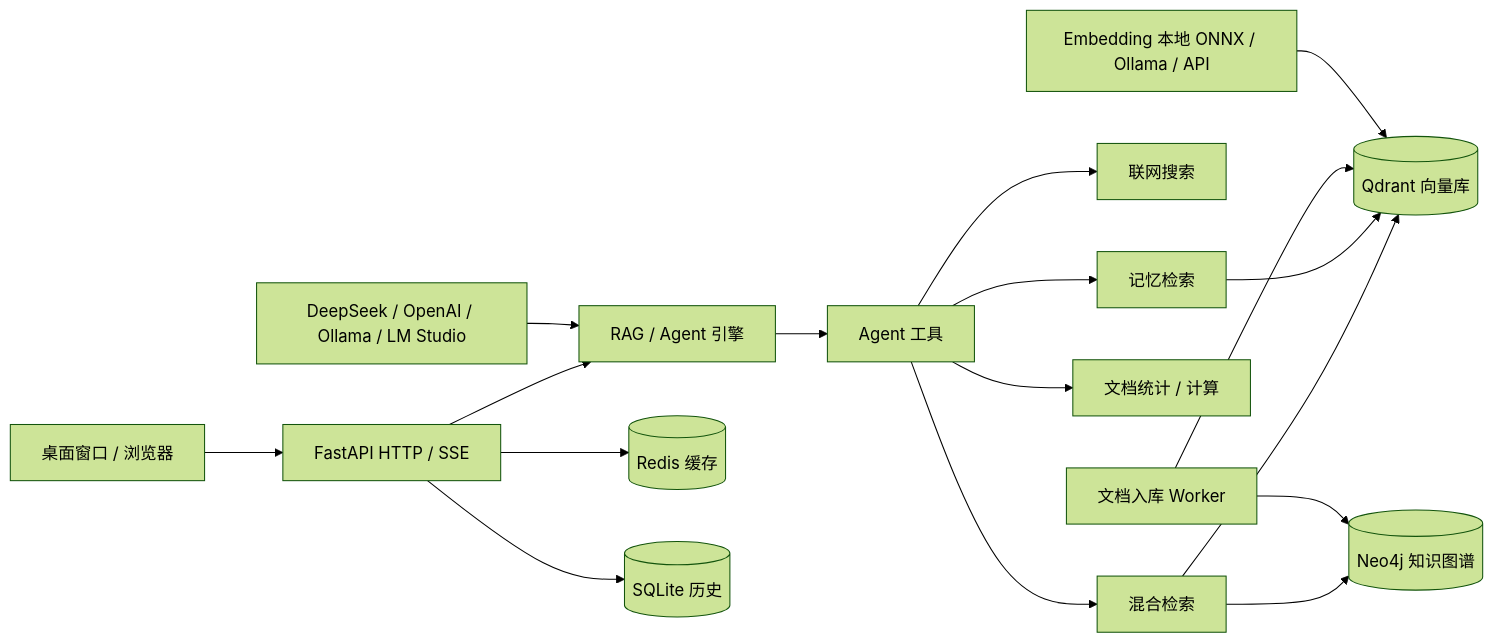
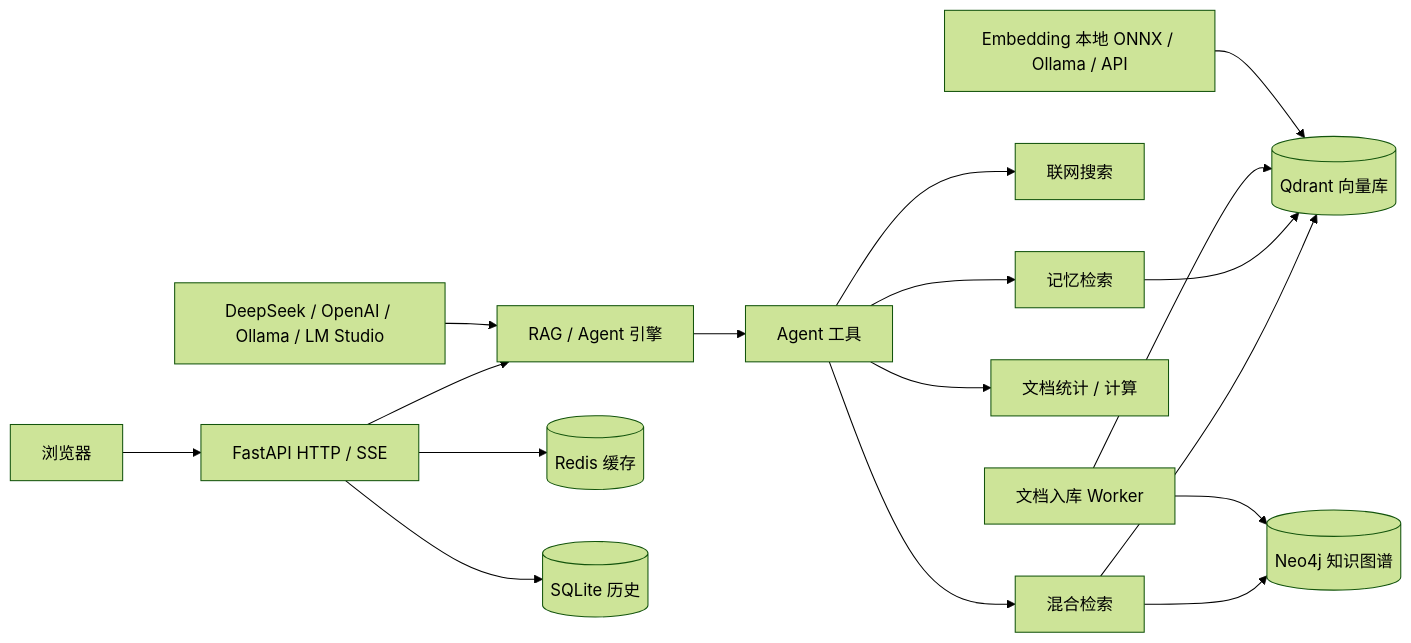
One commit to ZHAB00/PHD-PersonalKnowledgeBase changed the first of 3 diagrams in 项目设计文档.md. Above: the diagram before and after it, drawn with Mermaid (forest theme). The commit also changed other lines of this file and 14 other files, not shown here.

````diff
--- a/项目设计文档.md
+++ b/项目设计文档.md
@@ -33,19 +33,19 @@
 ```mermaid
 flowchart LR
-    UI[桌面窗口 / 浏览器] --> API[FastAPI HTTP / SSE]
+    UI[浏览器] --> API[FastAPI HTTP / SSE]
     API --> RAG[RAG / Agent 引擎]
     RAG --> TOOLS[Agent 工具]
     TOOLS --> RETRIEVE[混合检索]
     TOOLS --> WEB[联网搜索]
     TOOLS --> MEM[记忆检索]
     TOOLS --> DOC[文档统计 / 计算]
     RETRIEVE --> QDRANT[(Qdrant 向量库)]
     RETRIEVE --> GRAPH[(Neo4j 知识图谱)]
     MEM --> QDRANT
     API --> REDIS[(Redis 缓存)]
     API --> SQLITE[(SQLite 历史)]
     INGEST[文档入库 Worker] --> QDRANT
     INGEST --> GRAPH
     EMB[Embedding 本地 ONNX / Ollama / API] --> QDRANT
     LLM[DeepSeek / OpenAI / Ollama / LM Studio] --> RAG
 ```
````
